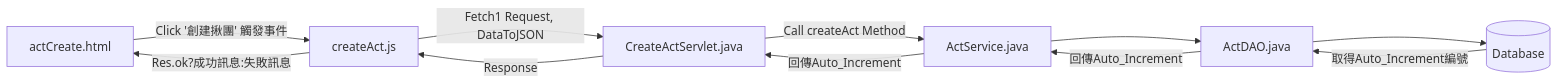
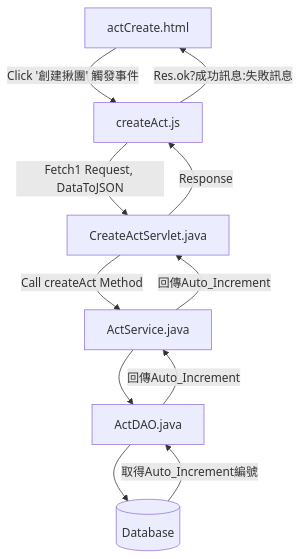
Before and after one commit to TLexYuW/CGA103G1OwnPart: the second of 15 diagrams in README.md, drawn with Mermaid. The commit also changed other lines of this file, not shown here.

Commit message:
LexVaultBackup: 2022-09-12 15:13:33
Affected files:
README.md

````diff
--- a/README.md
+++ b/README.md
@@ -65,6 +65,7 @@
 ```mermaid
-flowchart LR
+flowchart 
 	aC[actCreate.html] -->|Click '創建揪團' 觸發事件| cA[createAct.js] -->|Fetch1 Request, DataToJSON| CAS[CreateActServlet.java] 
 	-->|Call createAct Method| AS[ActService.java] --> AD[ActDAO.java] --> DB[(Database)]
-	DB -->|取得Auto_Increment編號| AD -->|回傳Auto_Increment| AS -->|回傳Auto_Increment| CAS -->|Response| cA -->|Res.ok?成功訊息:失敗訊息| aC
+	DB -->|取得Auto_Increment編號| AD -->|回傳Auto_Increment| AS -->|回傳Auto_Increment| CAS 
+	-->|Response| cA -->|Res.ok?成功訊息:失敗訊息| aC
 ```
````
